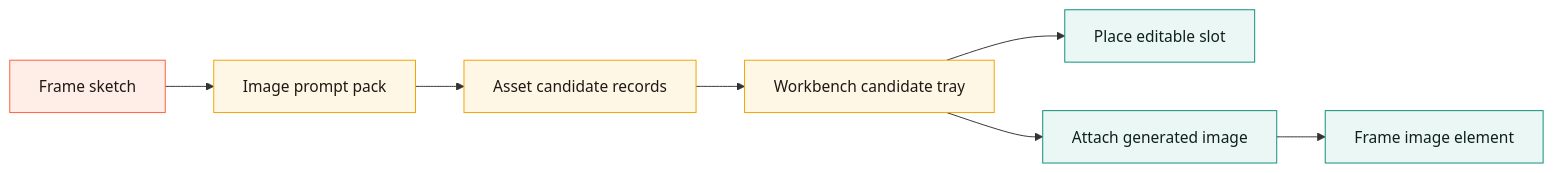
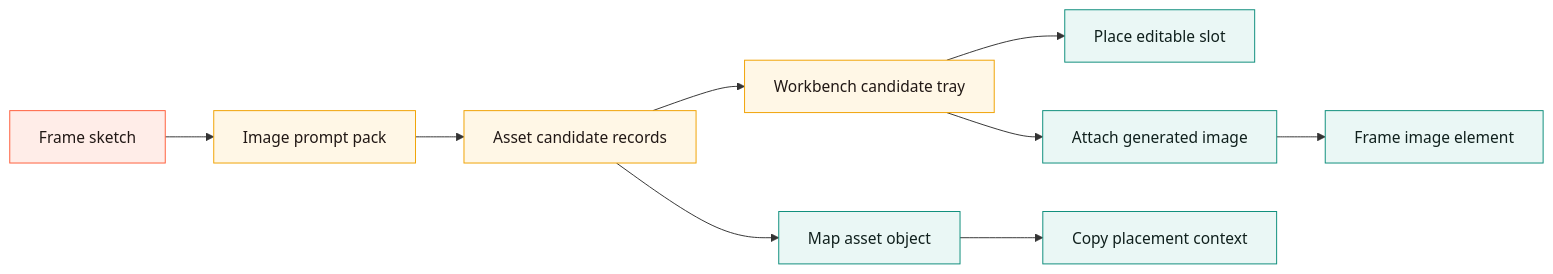
The ninth of 11 diagrams in docs/FEATURES.md (varshneydevansh/Canvax), drawn with Mermaid before and after one commit. The commit also changed other lines of this file and 12 other files, not shown here.

Commit message:
feat: add asset placement contracts

````diff
--- a/docs/FEATURES.md
+++ b/docs/FEATURES.md
@@ -825,16 +841,18 @@
 ```mermaid
 flowchart LR
     A[Frame sketch] --> B[Image prompt pack]
     B --> C[Asset candidate records]
     C --> D[Workbench candidate tray]
     D --> E[Place editable slot]
     D --> F[Attach generated image]
     F --> G[Frame image element]
+    C --> H[Map asset object]
+    H --> I[Copy placement context]
 
     classDef sketch fill:#ffede8,stroke:#ff5d3a,color:#211815;
     classDef pack fill:#fff7e6,stroke:#f0a202,color:#211815;
     classDef image fill:#eaf7f5,stroke:#0c8d7b,color:#10201d;
     class A sketch;
     class B,C,D pack;
-    class E,F,G image;
+    class E,F,G,H,I image;
 ```
````
